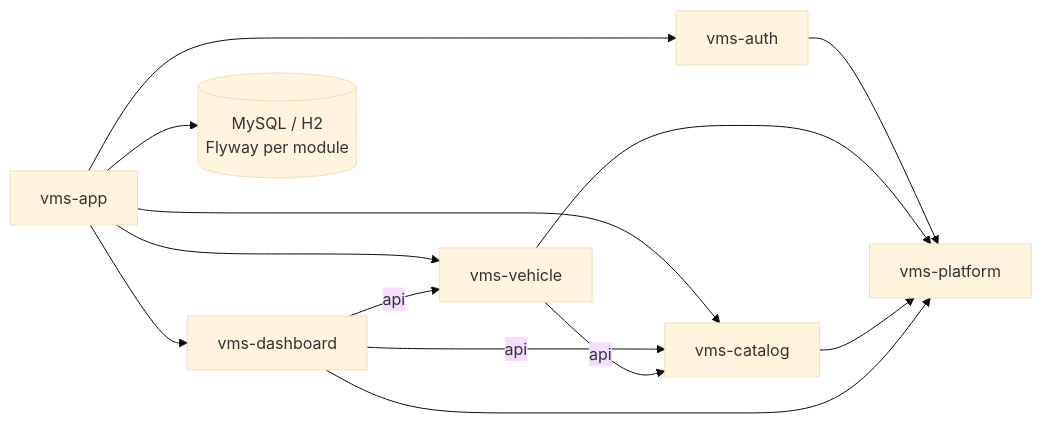
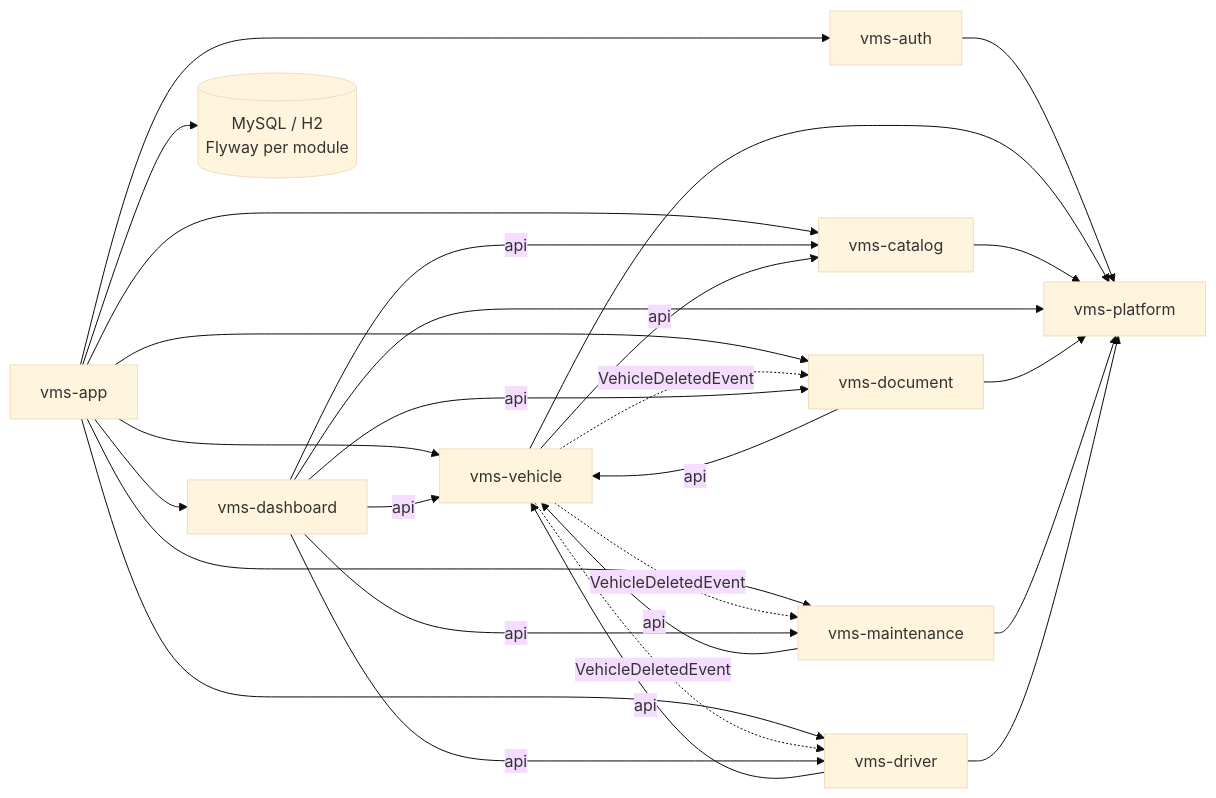
The second of 2 diagrams in README.md (MoZahidUl249/datavvy-vms-backend), drawn with Mermaid (base theme) before and after one commit. The commit also changed other lines of this file and 5 other files, not shown here.

First line of the commit message:
Docs: fleet management API, ADR-0007, architecture and module table

````diff
--- a/README.md
+++ b/README.md
@@ -174,9 +182,11 @@
 ```mermaid
 flowchart LR
   App[vms-app] --> Auth[vms-auth] & Veh[vms-vehicle] & Cat[vms-catalog] & Dash[vms-dashboard]
-  Dash -- api --> Veh
-  Dash -- api --> Cat
+  App --> Doc[vms-document] & Mnt[vms-maintenance] & Drv[vms-driver]
+  Doc & Mnt & Drv -- api --> Veh
+  Veh -. VehicleDeletedEvent .-> Doc & Mnt & Drv
+  Dash -- api --> Veh & Cat & Doc & Mnt & Drv
   Veh -- api --> Cat
-  Auth & Veh & Cat & Dash --> P[vms-platform]
+  Auth & Veh & Cat & Dash & Doc & Mnt & Drv --> P[vms-platform]
   App --> DB[(MySQL / H2<br/>Flyway per module)]
 ```
````
